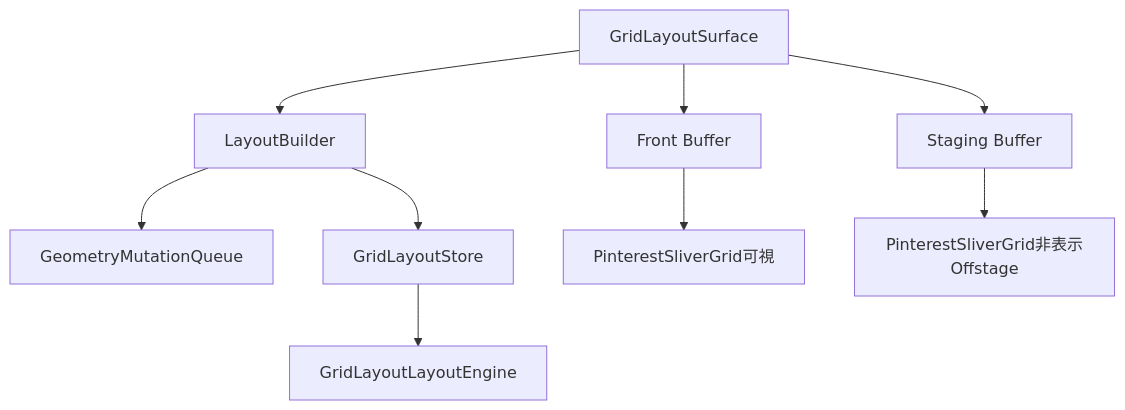
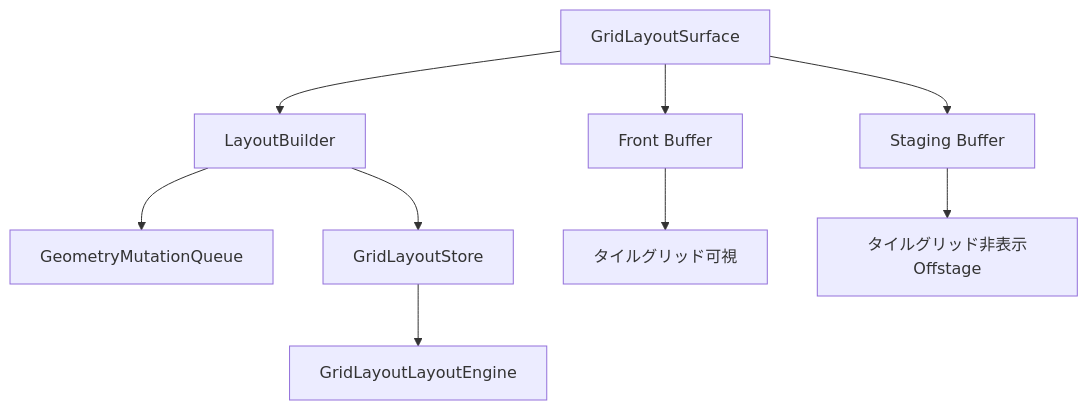
Before and after one commit to lietsee/clip-pix: the second of 4 diagrams in docs/system/grid_layout_surface.md, drawn with Mermaid. The commit also changed other lines of this file and 12 other files, not shown here.

````diff
--- a/docs/system/grid_layout_surface.md
+++ b/docs/system/grid_layout_surface.md
@@ -49,11 +49,11 @@
 ```mermaid
 graph TB
     A[GridLayoutSurface] --> B[LayoutBuilder]
     B --> C[GeometryMutationQueue]
     B --> D[GridLayoutStore]
     D --> E[GridLayoutLayoutEngine]
     A --> F[Front Buffer]
     A --> G[Staging Buffer]
-    F --> H[PinterestSliverGrid可視]
-    G --> I[PinterestSliverGrid非表示Offstage]
+    F --> H[タイルグリッド可視]
+    G --> I[タイルグリッド非表示Offstage]
 ```
````
